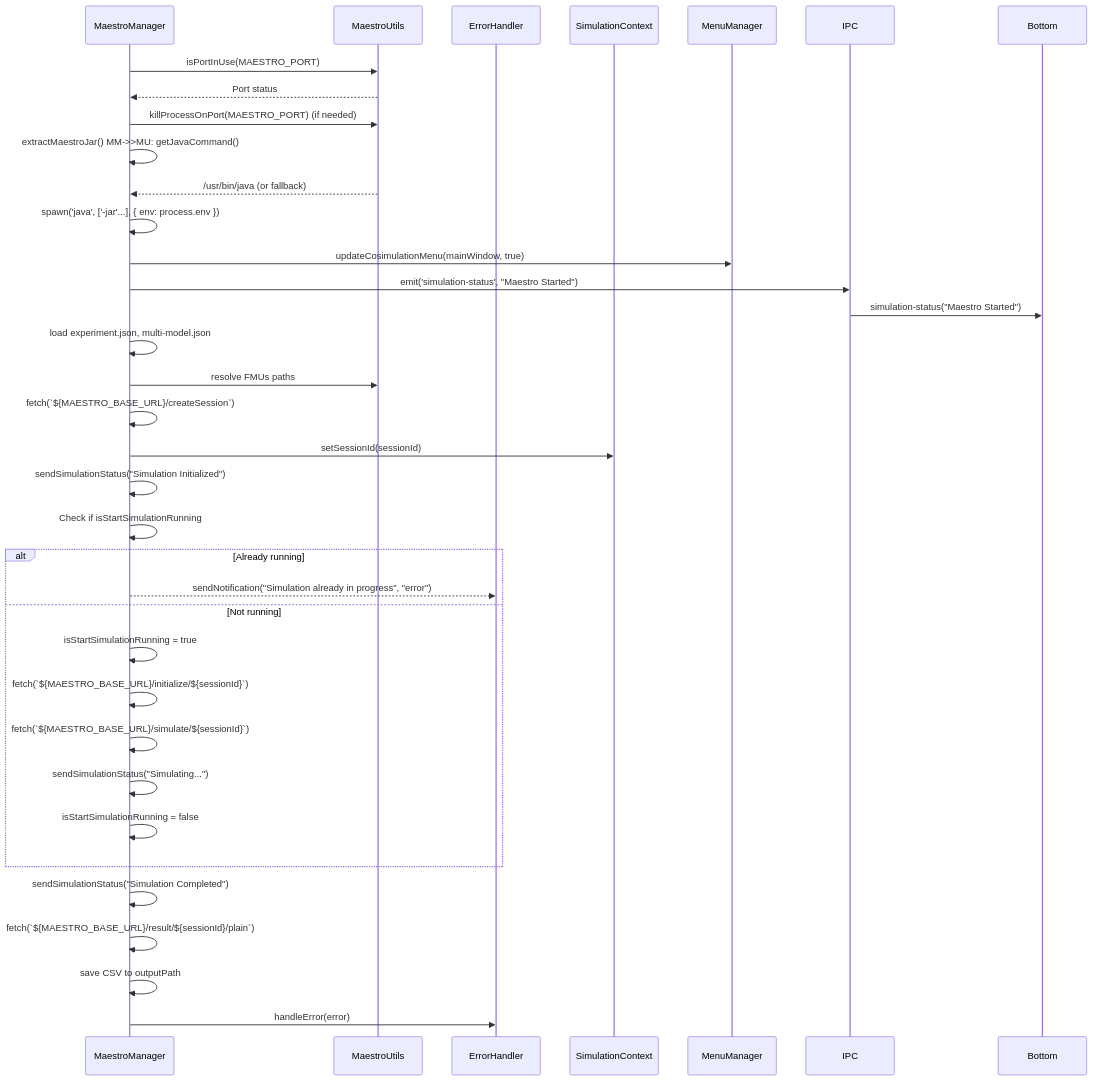
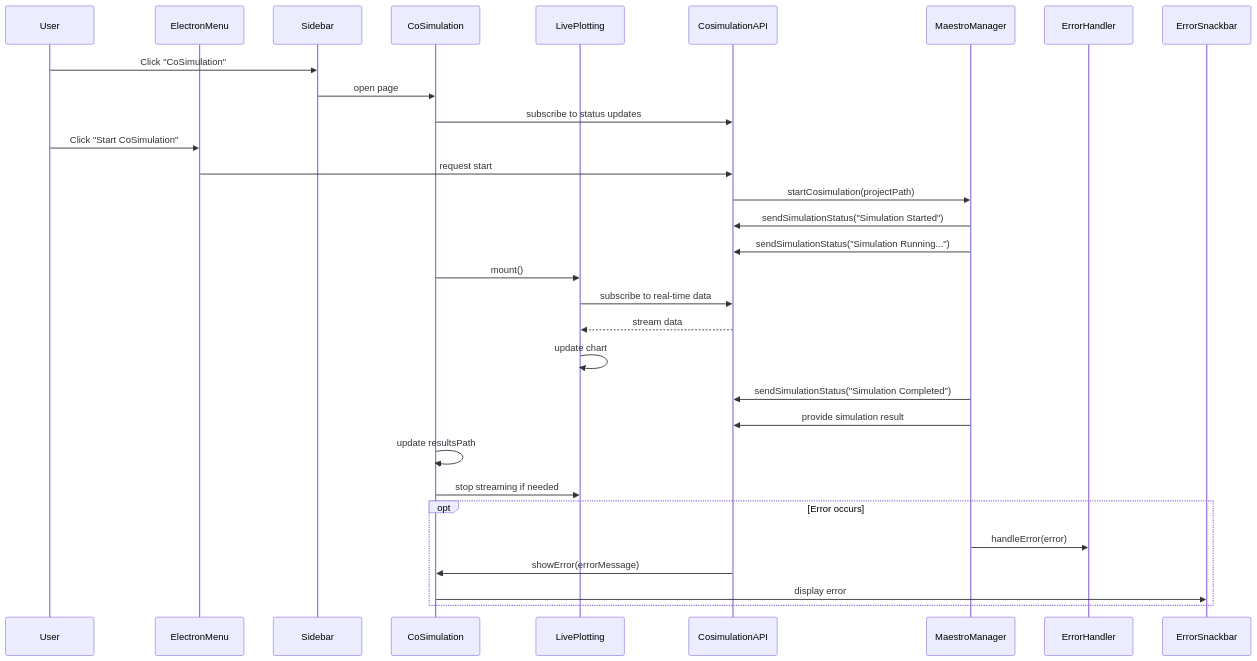
The fourth of 7 diagrams in docs/APPLICATION LAYERS.md (INTO-CPS-Association/into-cps-application), drawn with Mermaid before and after one commit. The commit also changed other lines of this file and 2 other files, not shown here.

Commit message:
Changes for APPLICATION LAYER: - Changed React App description - New package diagram - Changed all diagrams in the documentation - Modified descriptions in multiple sections, aligning the documentation to new updates

````diff
--- a/docs/APPLICATION LAYERS.md
+++ b/docs/APPLICATION LAYERS.md
@@ -319,49 +359,44 @@
 ```mermaid
 sequenceDiagram
+    participant User
+    participant Menu as ElectronMenu
+    participant Sidebar
+    participant CoSimulation
+    participant LivePlotting
+    participant CosimulationAPI
     participant MM as MaestroManager
-    participant MU as MaestroUtils
     participant EH as ErrorHandler
-    participant MC as SimulationContext
-    participant Menu as MenuManager
 
-    %% Starting Maestro %%
-    MM->>MU: isPortInUse(MAESTRO_PORT)
-    MU-->>MM: Port status
-    MM->>MU: killProcessOnPort(MAESTRO_PORT) (if needed)
-    MM->>MM: extractMaestroJar() MM->>MU: getJavaCommand()
-    MU-->>MM: /usr/bin/java (or fallback)
-    MM->>MM: spawn('java', ['-jar'...], { env: process.env })
-    MM->>Menu: updateCosimulationMenu(mainWindow, true)
-    MM->>IPC: emit('simulation-status', "Maestro Started")
-    IPC->>Bottom: simulation-status("Maestro Started")
+    %% 1. User opens CoSimulation page %%
+    User->>Sidebar: Click "CoSimulation"
+    Sidebar->>CoSimulation: open page
+    CoSimulation->>CosimulationAPI: subscribe to status updates
 
-    %% Simulation Initialization %%
-    MM->>MM: load experiment.json, multi-model.json
-    MM->>MU: resolve FMUs paths
-    MM->>MM: fetch(`${MAESTRO_BASE_URL}/createSession`)
-    MM->>MC: setSessionId(sessionId)
-    MM->>MM: sendSimulationStatus("Simulation Initialized")
+    %% 2. User starts cosimulation from menu %%
+    User->>Menu: Click "Start CoSimulation"
+    Menu->>CosimulationAPI: request start
 
-    %% Running Simulation %%
-    MM->>MM: Check if isStartSimulationRunning
-    alt Already running
-        MM-->>EH: sendNotification("Simulation already in progress", "error")
-    else Not running
-        MM->>MM: isStartSimulationRunning = true
-        MM->>MM: fetch(`${MAESTRO_BASE_URL}/initialize/${sessionId}`)
-        MM->>MM: fetch(`${MAESTRO_BASE_URL}/simulate/${sessionId}`)
-        MM->>MM: sendSimulationStatus("Simulating...")
-        MM->>MM: isStartSimulationRunning = false
+    %% 3. MaestroManager orchestrates cosimulation %%
+    CosimulationAPI->>MM: startCosimulation(projectPath)
+    MM->>CosimulationAPI: sendSimulationStatus("Simulation Started")
+
+    %% 4. Cosimulation Running %%
+    MM->>CosimulationAPI: sendSimulationStatus("Simulation Running...")
+    CoSimulation->>LivePlotting: mount()
+    LivePlotting->>CosimulationAPI: subscribe to real-time data
+    CosimulationAPI-->>LivePlotting: stream data
+    LivePlotting->>LivePlotting: update chart
+
+    %% 5. Cosimulation Completion %%
+    MM->>CosimulationAPI: sendSimulationStatus("Simulation Completed")
+    MM->>CosimulationAPI: provide simulation result
+    CoSimulation->>CoSimulation: update resultsPath
+    CoSimulation->>LivePlotting: stop streaming if needed
+
+    %% 6. Optional Error Handling %%
+    opt Error occurs
+        MM->>EH: handleError(error)
+        CosimulationAPI->>CoSimulation: showError(errorMessage)
+        CoSimulation->>ErrorSnackbar: display error
     end
-
-    %% Simulation Completion %%
-    MM->>MM: sendSimulationStatus("Simulation Completed")
-
-    %% Retrieving Results %%
-    MM->>MM: fetch(`${MAESTRO_BASE_URL}/result/${sessionId}/plain`)
-    MM->>MM: save CSV to outputPath
-
-    %% Handling Errors %%
-    MM->>EH: handleError(error)
-
 ```
````
